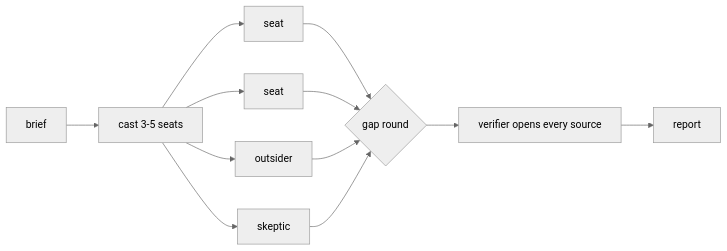
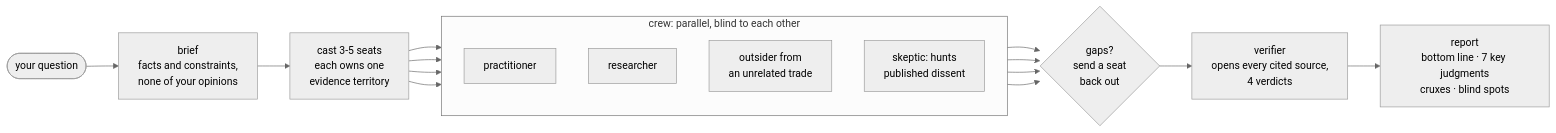
The diagram in README.md (xhyumiracle/family-skill), drawn with Mermaid (neutral theme) before and after one commit. The commit also changed other lines of this file and 1 other file, not shown here.

Commit message:
README: readable flow diagram, highlights instead of a rules table, references section

````diff
--- a/README.md
+++ b/README.md
@@ -15,8 +15,16 @@
 ```mermaid
 flowchart LR
-  B[brief] --> C[cast 3-5 seats]
-  C --> S1[seat] & S2[seat] & S3[outsider] & S4[skeptic]
-  S1 & S2 & S3 & S4 --> G{gap round}
-  G --> V[verifier opens every source]
-  V --> R[report]
+  Q([your question]) --> B["brief<br/>facts and constraints,<br/>none of your opinions"]
+  B --> C["cast 3-5 seats<br/>each owns one<br/>evidence territory"]
+  subgraph crew ["crew: parallel, blind to each other"]
+    direction TB
+    S1["practitioner"]
+    S2["researcher"]
+    S3["outsider from<br/>an unrelated trade"]
+    S4["skeptic: hunts<br/>published dissent"]
+  end
+  C --> S1 & S2 & S3 & S4
+  S1 & S2 & S3 & S4 --> G{"gaps?<br/>send a seat<br/>back out"}
+  G --> V["verifier<br/>opens every cited source,<br/>4 verdicts"]
+  V --> R["report<br/>bottom line · 7 key judgments<br/>cruxes · blind spots"]
 ```
````
